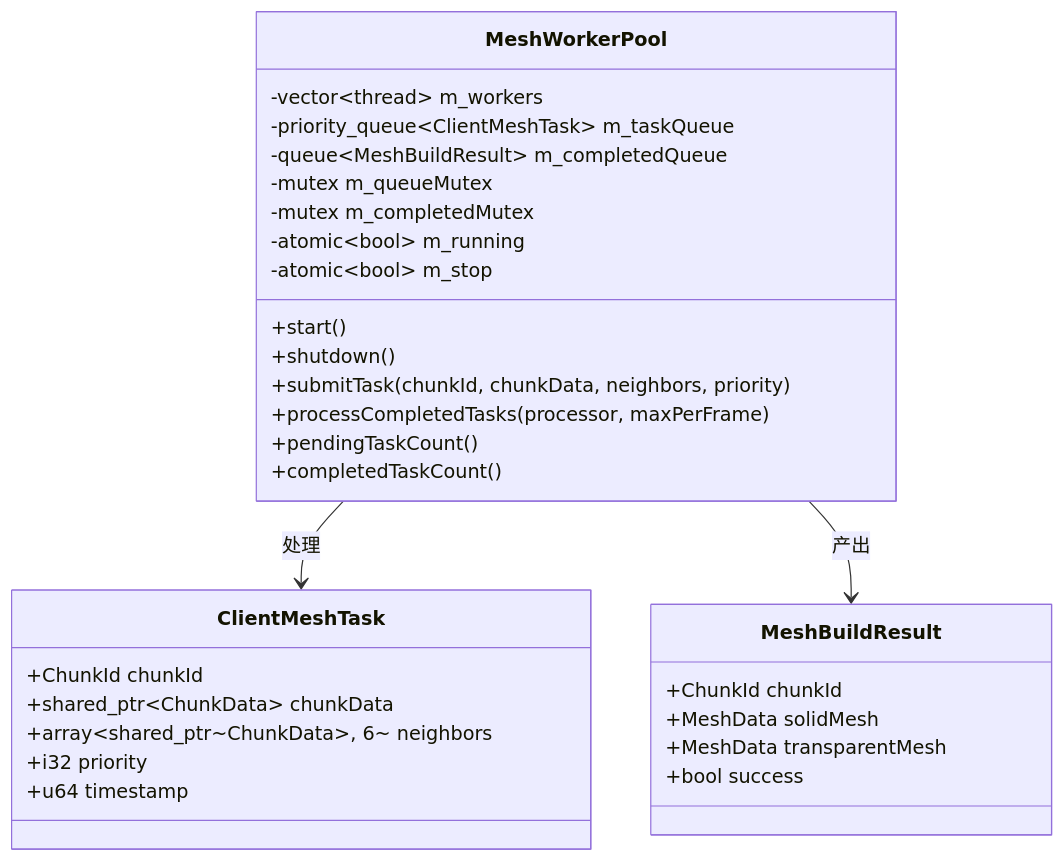
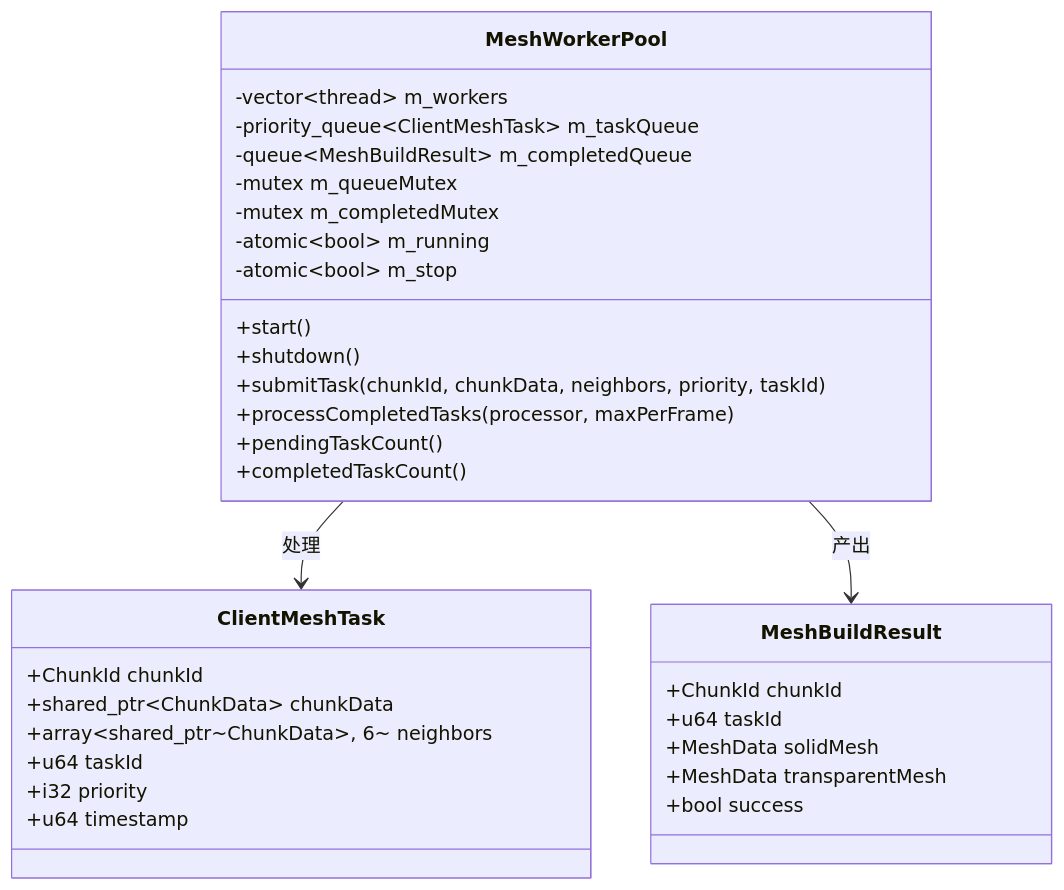
The second of 4 diagrams in src/client/renderer/mesh/README.md (g122622/Cubium), drawn with Mermaid before and after one commit. The commit also changed other lines of this file and 15 other files, not shown here.

````diff
--- a/src/client/renderer/mesh/README.md
+++ b/src/client/renderer/mesh/README.md
@@ -101,36 +101,38 @@
 ```mermaid
 classDiagram
     class MeshWorkerPool {
         -vector~thread~ m_workers
         -priority_queue~ClientMeshTask~ m_taskQueue
         -queue~MeshBuildResult~ m_completedQueue
         -mutex m_queueMutex
         -mutex m_completedMutex
         -atomic~bool~ m_running
         -atomic~bool~ m_stop
         +start()
         +shutdown()
-        +submitTask(chunkId, chunkData, neighbors, priority)
+        +submitTask(chunkId, chunkData, neighbors, priority, taskId)
         +processCompletedTasks(processor, maxPerFrame)
         +pendingTaskCount()
         +completedTaskCount()
     }
     
     class ClientMeshTask {
         +ChunkId chunkId
         +shared_ptr~ChunkData~ chunkData
         +array~shared_ptr~ChunkData~, 6~ neighbors
+        +u64 taskId
         +i32 priority
         +u64 timestamp
     }
     
     class MeshBuildResult {
         +ChunkId chunkId
+        +u64 taskId
         +MeshData solidMesh
         +MeshData transparentMesh
         +bool success
     }
     
     MeshWorkerPool --> ClientMeshTask : 处理
     MeshWorkerPool --> MeshBuildResult : 产出
 ```
````
